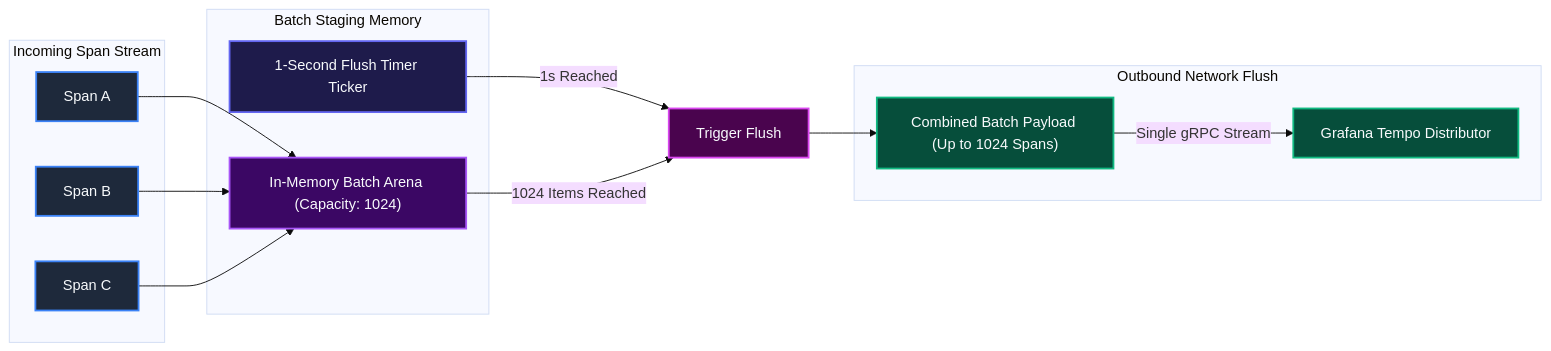
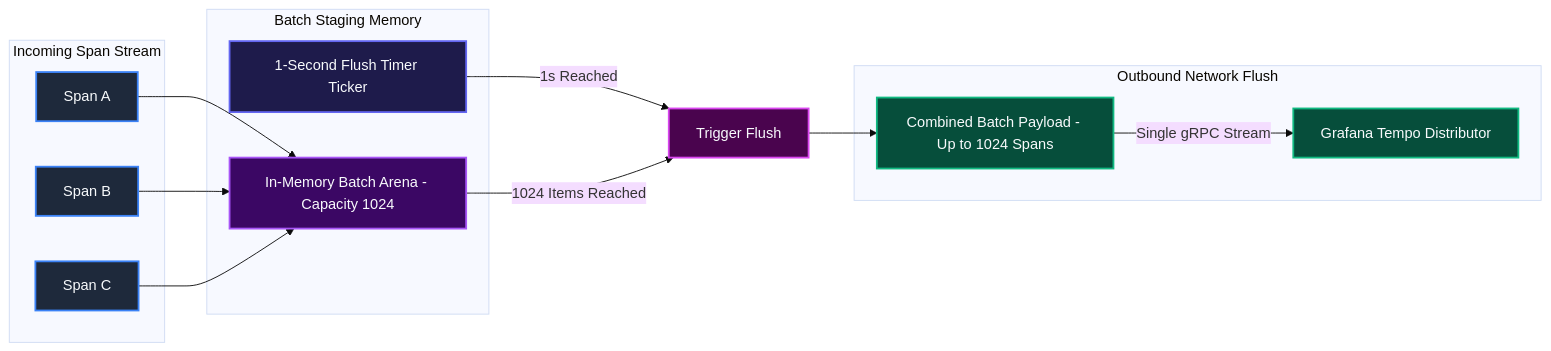
Before and after one commit to Chief-Strategist-J/llm-obs-infra: diagram 11 of 22 in docs/configDoc/otel-collector-configuration-guide.md, drawn with Mermaid (base theme). The commit also changed other lines of this file, not shown here.

Commit message:
fix(docs): resolve all Mermaid diagram syntax and layout rendering issues in otel configuration guide

````diff
--- a/docs/configDoc/otel-collector-configuration-guide.md
+++ b/docs/configDoc/otel-collector-configuration-guide.md
@@ -1158,37 +1181,37 @@
 ```mermaid
 graph LR
     subgraph InboundStream ["Incoming Span Stream"]
         SpanA["Span A"]
         SpanB["Span B"]
         SpanC["Span C"]
     end
 
     subgraph BatchEngine ["Batch Staging Memory"]
-        Buffer["In-Memory Batch Arena (Capacity: 1024)"]
+        Buffer["In-Memory Batch Arena - Capacity 1024"]
         FlushTimer["1-Second Flush Timer Ticker"]
     end
 
     subgraph OutboundDispatch ["Outbound Network Flush"]
-        CombinedPayload["Combined Batch Payload (Up to 1024 Spans)"]
+        CombinedPayload["Combined Batch Payload - Up to 1024 Spans"]
         TempoEndpoint["Grafana Tempo Distributor"]
     end
 
     SpanA --> Buffer
     SpanB --> Buffer
     SpanC --> Buffer
 
     FlushTimer -->|1s Reached| FlushBatch["Trigger Flush"]
     Buffer -->|1024 Items Reached| FlushBatch
 
     FlushBatch --> CombinedPayload
     CombinedPayload -->|Single gRPC Stream| TempoEndpoint
 
     style SpanA fill:#1e293b,stroke:#3b82f6,stroke-width:2px,color:#f8fafc
     style SpanB fill:#1e293b,stroke:#3b82f6,stroke-width:2px,color:#f8fafc
     style SpanC fill:#1e293b,stroke:#3b82f6,stroke-width:2px,color:#f8fafc
     style Buffer fill:#3b0764,stroke:#a855f7,stroke-width:2px,color:#f8fafc
     style FlushTimer fill:#1e1b4b,stroke:#6366f1,stroke-width:2px,color:#f8fafc
     style FlushBatch fill:#4a044e,stroke:#d946ef,stroke-width:2px,color:#f8fafc
     style CombinedPayload fill:#064e3b,stroke:#10b981,stroke-width:2px,color:#f8fafc
     style TempoEndpoint fill:#064e3b,stroke:#10b981,stroke-width:2px,color:#f8fafc
 ```
````
